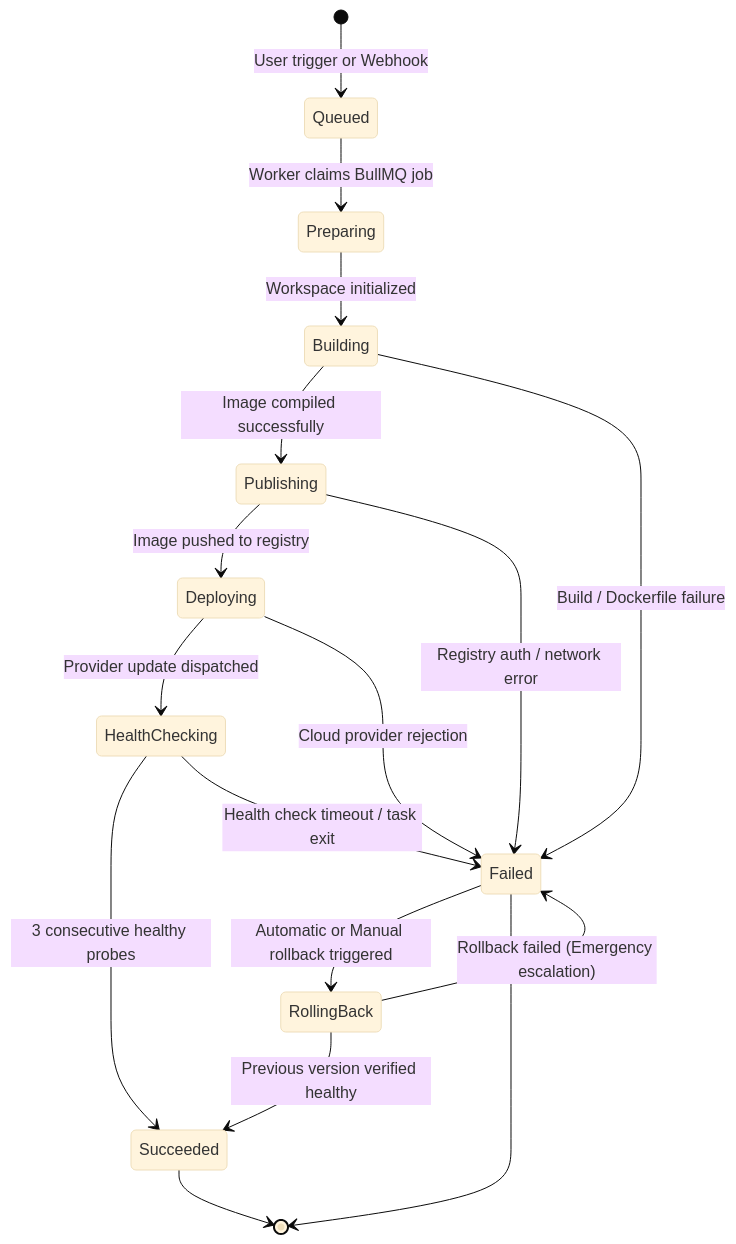
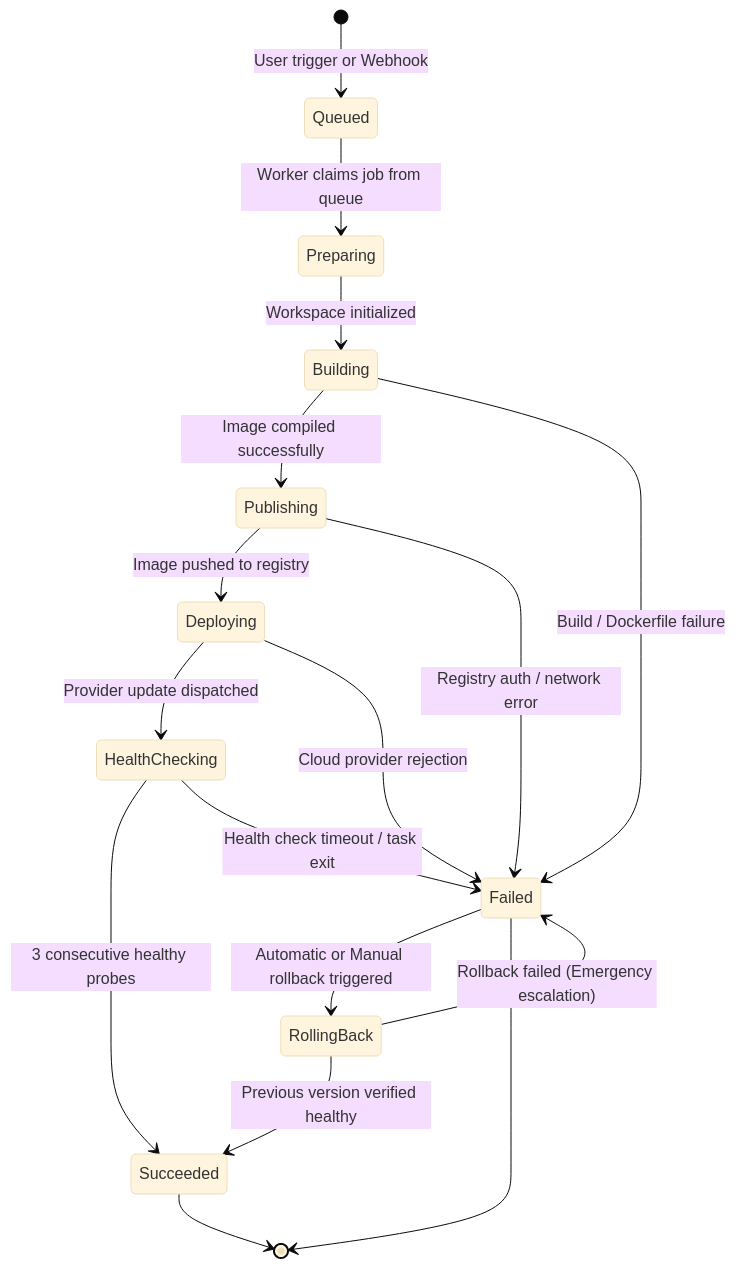
Before and after one commit to anwarbuilds1/OpsPilot: the first of 3 diagrams in docs/architecture/DEPLOYMENT_ARCHITECTURE.md, drawn with Mermaid (base theme). The commit also changed 40 other files, not shown here.

````diff
--- a/docs/architecture/DEPLOYMENT_ARCHITECTURE.md
+++ b/docs/architecture/DEPLOYMENT_ARCHITECTURE.md
@@ -15,22 +15,22 @@
 ```mermaid
 stateDiagram-v2
     [*] --> Queued: User trigger or Webhook
-    Queued --> Preparing: Worker claims BullMQ job
+    Queued --> Preparing: Worker claims job from queue
     Preparing --> Building: Workspace initialized
     Building --> Publishing: Image compiled successfully
     Publishing --> Deploying: Image pushed to registry
     Deploying --> HealthChecking: Provider update dispatched
 
     HealthChecking --> Succeeded: 3 consecutive healthy probes
     HealthChecking --> Failed: Health check timeout / task exit
     Building --> Failed: Build / Dockerfile failure
     Publishing --> Failed: Registry auth / network error
     Deploying --> Failed: Cloud provider rejection
 
     Failed --> RollingBack: Automatic or Manual rollback triggered
     RollingBack --> Succeeded: Previous version verified healthy
     RollingBack --> Failed: Rollback failed (Emergency escalation)
 
     Succeeded --> [*]
     Failed --> [*]
 ```
````
